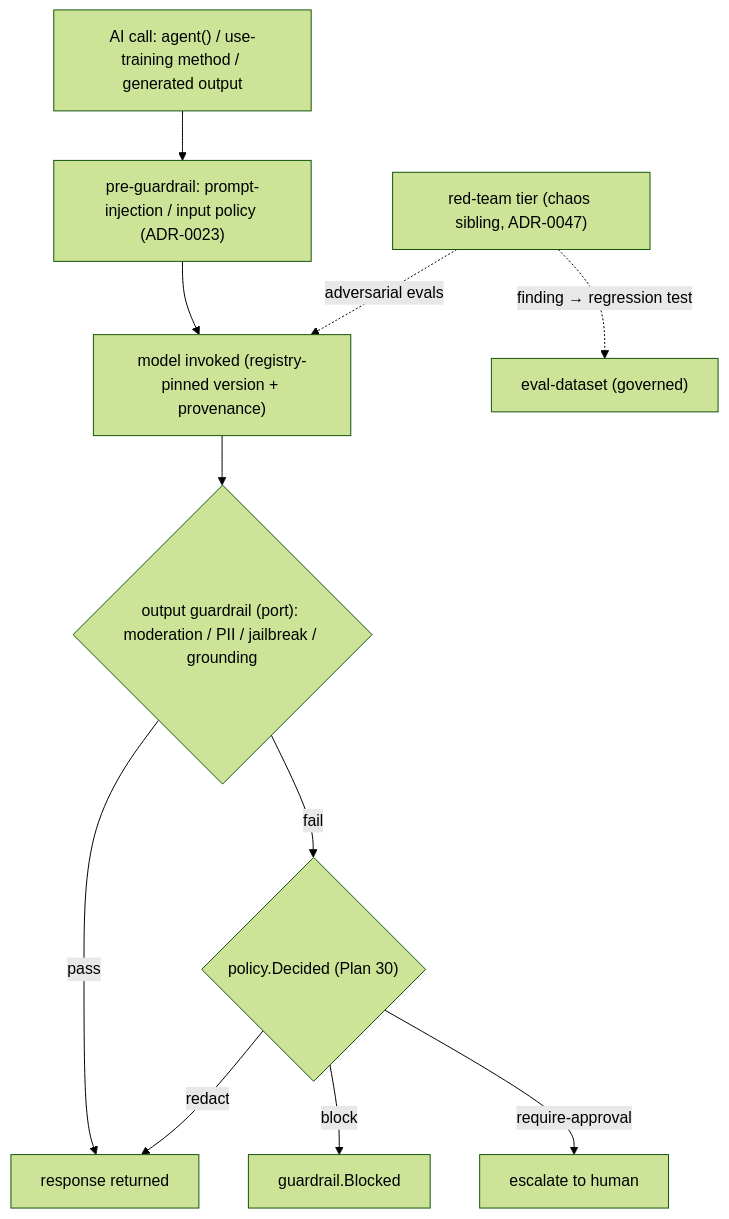
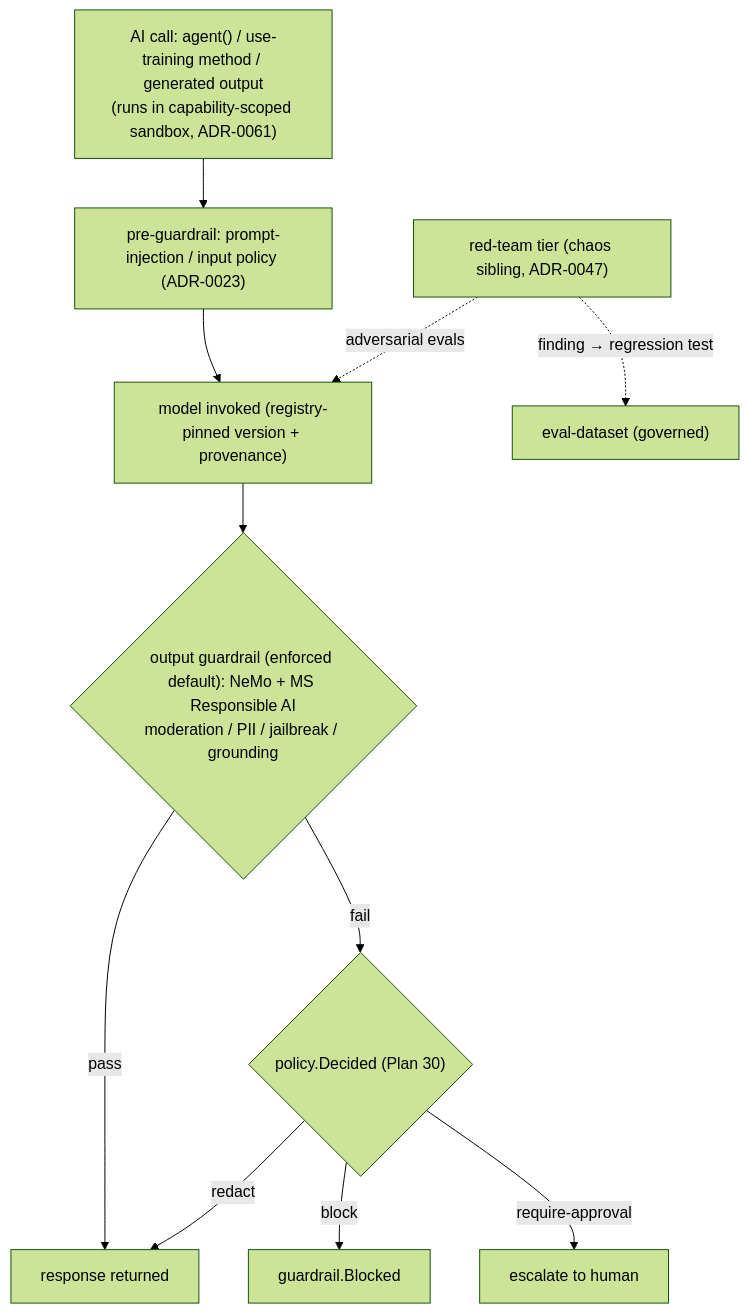
Before and after one commit to Tyler-R-Kendrick/HoBo: the second of 2 diagrams in docs/design/governance-planes.md, drawn with Mermaid (forest theme). The commit also changed other lines of this file and 22 other files, not shown here.

````diff
--- a/docs/design/governance-planes.md
+++ b/docs/design/governance-planes.md
@@ -84,13 +86,13 @@
 ```mermaid
 flowchart TB
-  IN["AI call: agent() / use-training method / generated output"] --> PRE["pre-guardrail: prompt-injection / input policy (ADR-0023)"]
+  IN["AI call: agent() / use-training method / generated output<br/>(runs in capability-scoped sandbox, ADR-0061)"] --> PRE["pre-guardrail: prompt-injection / input policy (ADR-0023)"]
   PRE --> MODEL["model invoked (registry-pinned version + provenance)"]
-  MODEL --> POST{"output guardrail (port): moderation / PII / jailbreak / grounding"}
+  MODEL --> POST{"output guardrail (enforced default): NeMo + MS Responsible AI<br/>moderation / PII / jailbreak / grounding"}
   POST -->|pass| OUT["response returned"]
   POST -->|fail| DEC{"policy.Decided (Plan 30)"}
   DEC -->|block| BLK["guardrail.Blocked"]
   DEC -->|redact| OUT
   DEC -->|require-approval| HUM["escalate to human"]
   RT["red-team tier (chaos sibling, ADR-0047)"] -.adversarial evals.-> MODEL
   RT -.finding → regression test.-> EVAL["eval-dataset (governed)"]
 ```
````
